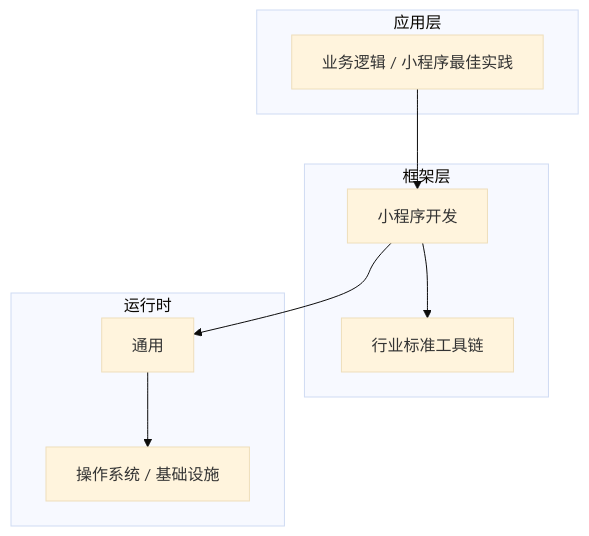
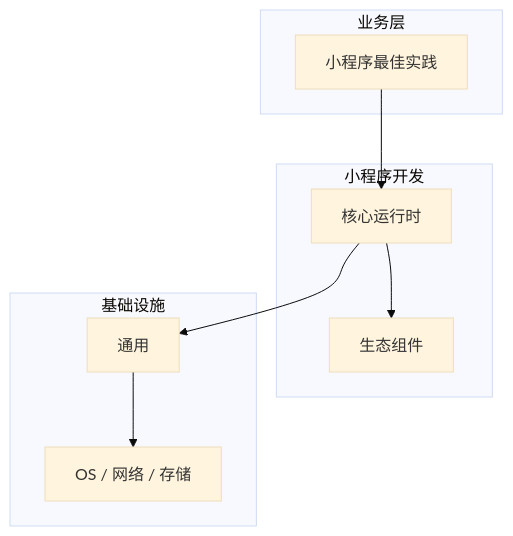
One commit to yanggan2015/knowledge-json-v2 changed the diagram in articles/小程序开发/chapters/075-小程序最佳实践核心概念与原理.md. Above: the diagram before and after it, drawn with Mermaid (base theme). The commit also changed other lines of this file and 10127 other files, not shown here.

````diff
--- a/articles/小程序开发/chapters/075-小程序最佳实践核心概念与原理.md
+++ b/articles/小程序开发/chapters/075-小程序最佳实践核心概念与原理.md
@@ -45,18 +34,18 @@
 ```mermaid
 graph TB
-    subgraph 应用层
-        A[业务逻辑 / 小程序最佳实践]
+    subgraph 业务层
+        A[小程序最佳实践]
     end
-    subgraph 框架层
-        B[小程序开发]
-        C[行业标准工具链]
+    subgraph 小程序开发
+        B[核心运行时]
+        C[生态组件]
     end
-    subgraph 运行时
+    subgraph 基础设施
         D[通用]
-        E[操作系统 / 基础设施]
+        E[OS / 网络 / 存储]
     end
     A --> B
     B --> C
     B --> D
     D --> E
 ```
````
